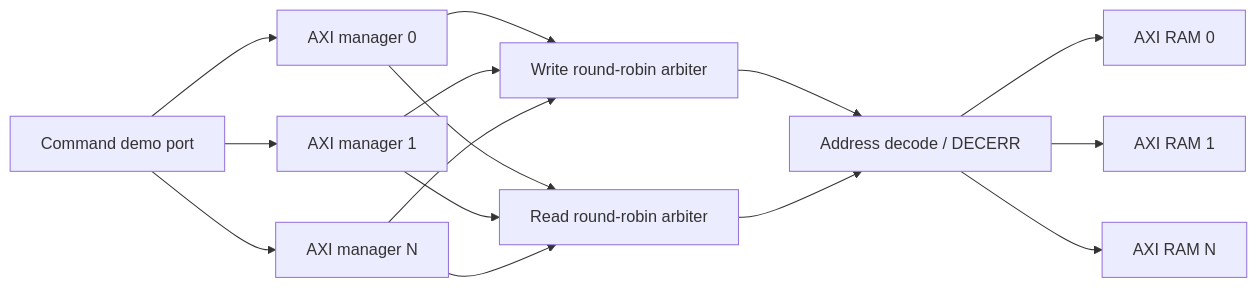
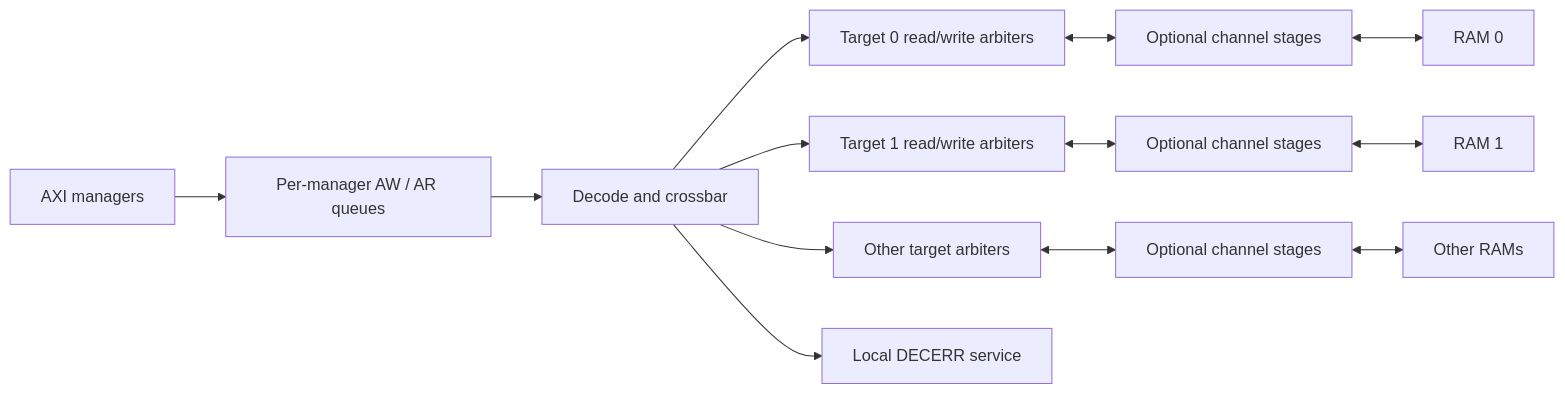
The diagram in README.md (csepka/complete-axi-bus), drawn with Mermaid before and after one commit. The commit also changed other lines of this file and 233 other files, not shown here.

````diff
--- a/README.md
+++ b/README.md
@@ -13,17 +17,15 @@
 ```mermaid
 flowchart LR
-    C[Command demo port] --> M0[AXI manager 0]
-    C --> M1[AXI manager 1]
-    C --> MN[AXI manager N]
-    M0 --> W[Write round-robin arbiter]
-    M1 --> W
-    MN --> W
-    M0 --> R[Read round-robin arbiter]
-    M1 --> R
-    MN --> R
-    W --> D[Address decode / DECERR]
-    R --> D
-    D --> S0[AXI RAM 0]
-    D --> S1[AXI RAM 1]
-    D --> SN[AXI RAM N]
+  M[AXI managers] --> Q[Per-manager AW / AR queues]
+  Q --> X[Decode and crossbar]
+  X --> T0[Target 0 read/write arbiters]
+  X --> T1[Target 1 read/write arbiters]
+  X --> TN[Other target arbiters]
+  X --> E[Local DECERR service]
+  T0 <--> P0[Optional channel stages]
+  T1 <--> P1[Optional channel stages]
+  TN <--> PN[Optional channel stages]
+  P0 <--> R0[RAM 0]
+  P1 <--> R1[RAM 1]
+  PN <--> RN[Other RAMs]
 ```
````
